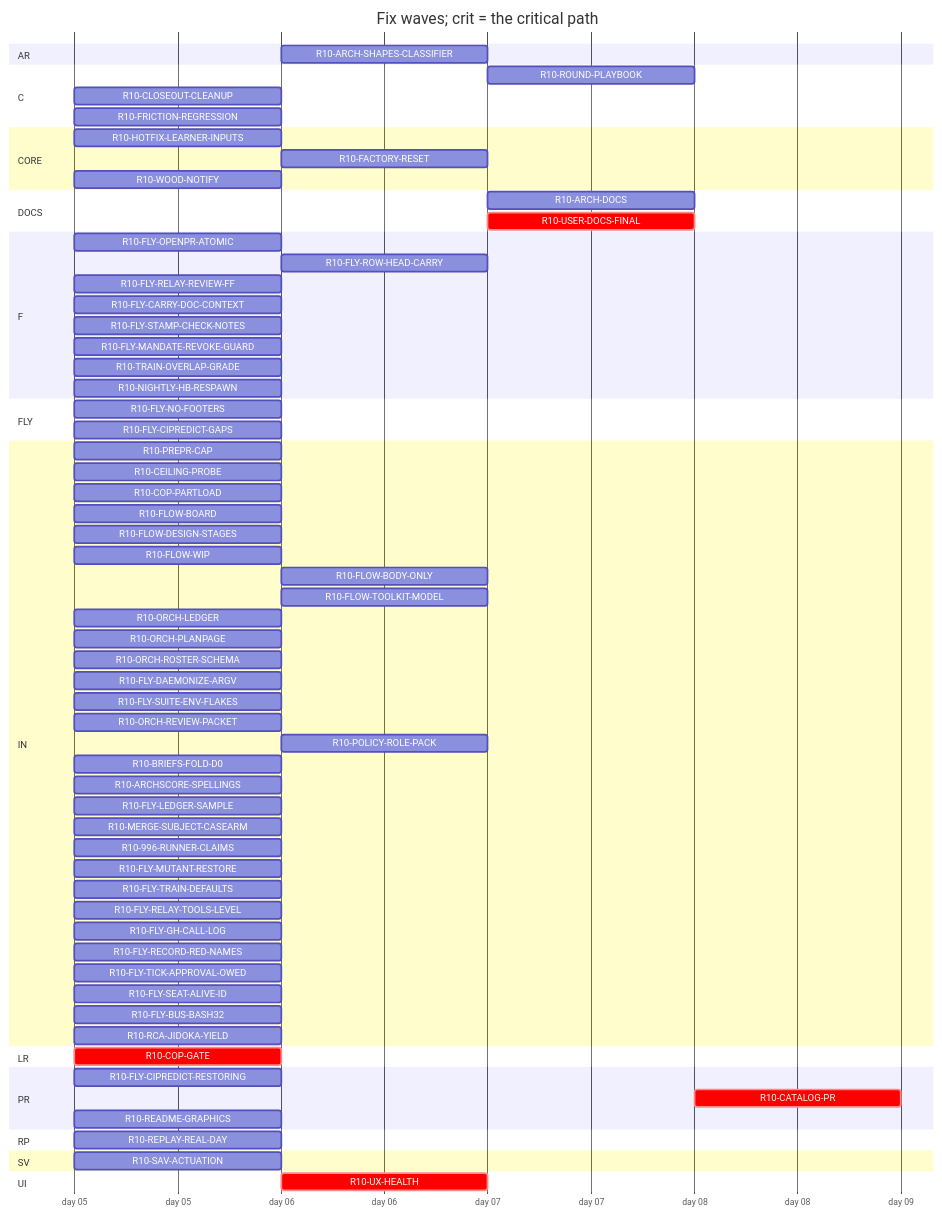
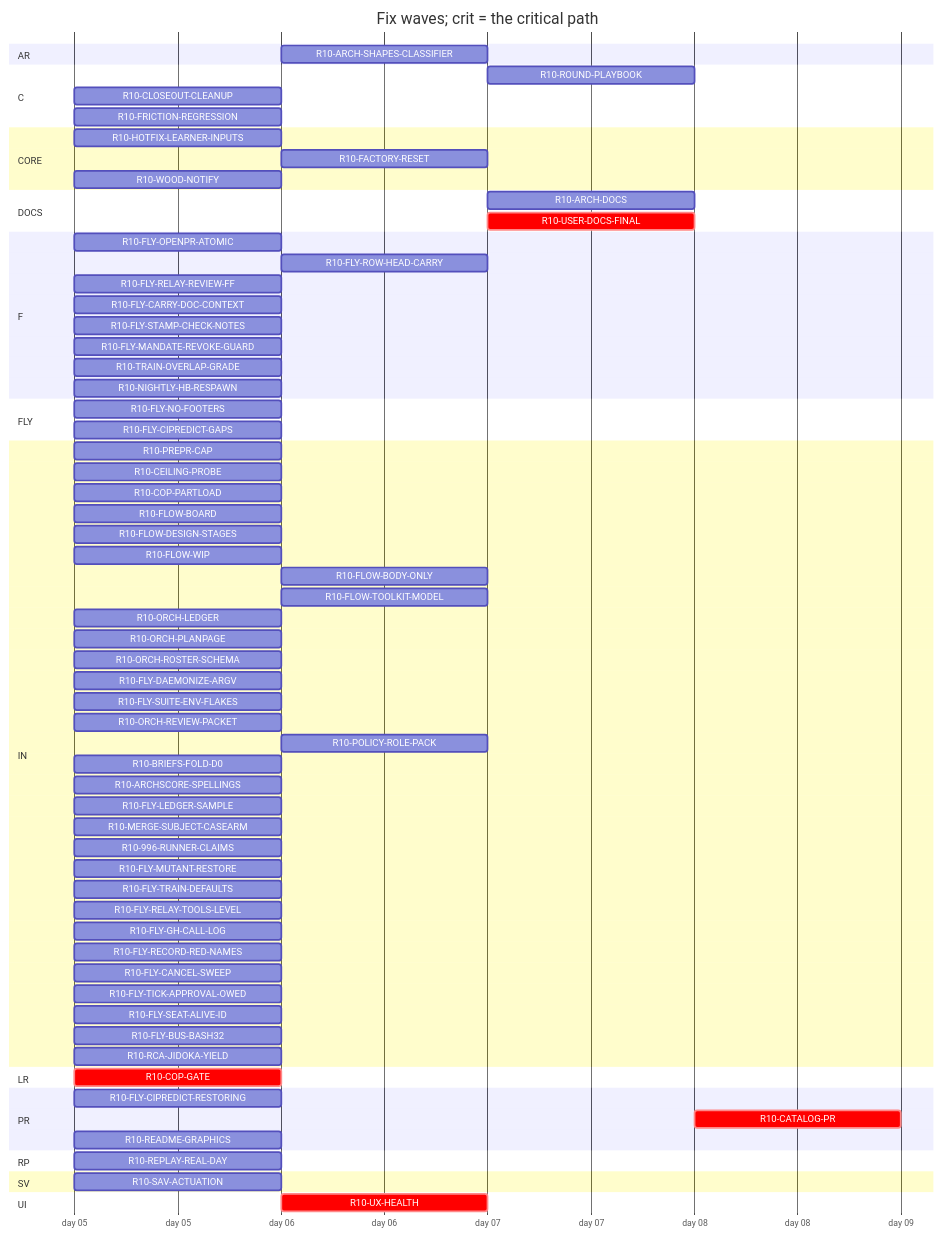
Before and after one commit to tvofi/heatpump_optimizer: the diagram in handoff/round10/state/PLAN-TABLE.md, drawn with Mermaid. The commit also changed other lines of this file and 3 other files, not shown here.

Commit message:
state: FLOW-BOARD.md, NEXT-SESSION-PROMPT.md, PLAN-TABLE.md, RESUME-CURRENT.md regenerated (state_docs.py)

````diff
--- a/handoff/round10/state/PLAN-TABLE.md
+++ b/handoff/round10/state/PLAN-TABLE.md
@@ -25,73 +25,74 @@
 ```mermaid
 gantt
   title Fix waves; crit = the critical path
   dateFormat YYYY-MM-DD
   axisFormat day %d
   section AR
     R10-ARCH-SHAPES-CLASSIFIER :r10ARCHSHAPESCLASSIFIER, after r10996RUNNERCLAIMS, 1d
   section C
     R10-ROUND-PLAYBOOK :r10ROUNDPLAYBOOK, after r10ORCHLEDGER r10ORCHPLANPAGE r10FLYRELAYREVIEWFF r10FLOWBODYONLY, 1d
     R10-CLOSEOUT-CLEANUP :r10CLOSEOUTCLEANUP, 2026-01-05, 1d
     R10-FRICTION-REGRESSION :r10FRICTIONREGRESSION, 2026-01-05, 1d
   section CORE
     R10-HOTFIX-LEARNER-INPUTS :r10HOTFIXLEARNERINPUTS, 2026-01-05, 1d
     R10-FACTORY-RESET :r10FACTORYRESET, after r10HOTFIXLEARNERINPUTS, 1d
     R10-WOOD-NOTIFY :r10WOODNOTIFY, 2026-01-05, 1d
   section DOCS
     R10-ARCH-DOCS :r10ARCHDOCS, after r10COPGATE r10UXHEALTH r10CEILINGPROBE r10COPPARTLOAD r10FLOWBOARD r10FLOWDESIGNSTAGES r10FLOWWIP r10FLOWBODYONLY r10FLYOPENPRATOMIC r10FLYROWHEADCARRY r10FLYRELAYREVIEWFF r10FLYCARRYDOCCONTEXT r10FLOWTOOLKITMODEL r10FLYSTAMPCHECKNOTES r10FLYMANDATEREVOKEGUARD r10TRAINOVERLAPGRADE r10NIGHTLYHBRESPAWN r10ORCHLEDGER r10ORCHPLANPAGE r10ORCHROSTERSCHEMA r10FLYDAEMONIZEARGV r10ORCHREVIEWPACKET r10POLICYROLEPACK r10BRIEFSFOLDD0 r10REPLAYREALDAY r10ARCHSCORESPELLINGS r10SAVACTUATION r10FLYLEDGERSAMPLE r10READMEGRAPHICS, 1d
     R10-USER-DOCS-FINAL :crit, r10USERDOCSFINAL, after r10COPGATE r10UXHEALTH r10CEILINGPROBE r10COPPARTLOAD r10FLOWBOARD r10FLOWDESIGNSTAGES r10FLOWWIP r10FLOWBODYONLY r10FLYOPENPRATOMIC r10FLYROWHEADCARRY r10FLYRELAYREVIEWFF r10FLYCARRYDOCCONTEXT r10FLOWTOOLKITMODEL r10FLYSTAMPCHECKNOTES r10FLYMANDATEREVOKEGUARD r10TRAINOVERLAPGRADE r10NIGHTLYHBRESPAWN r10ORCHLEDGER r10ORCHPLANPAGE r10ORCHROSTERSCHEMA r10FLYDAEMONIZEARGV r10ORCHREVIEWPACKET r10POLICYROLEPACK r10BRIEFSFOLDD0 r10REPLAYREALDAY r10ARCHSCORESPELLINGS r10SAVACTUATION r10FLYLEDGERSAMPLE r10READMEGRAPHICS r10HOTFIXLEARNERINPUTS r10FACTORYRESET r10WOODNOTIFY, 1d
   section F
     R10-FLY-OPENPR-ATOMIC :r10FLYOPENPRATOMIC, 2026-01-05, 1d
     R10-FLY-ROW-HEAD-CARRY :r10FLYROWHEADCARRY, after r10FLYOPENPRATOMIC, 1d
     R10-FLY-RELAY-REVIEW-FF :r10FLYRELAYREVIEWFF, 2026-01-05, 1d
     R10-FLY-CARRY-DOC-CONTEXT :r10FLYCARRYDOCCONTEXT, 2026-01-05, 1d
     R10-FLY-STAMP-CHECK-NOTES :r10FLYSTAMPCHECKNOTES, 2026-01-05, 1d
     R10-FLY-MANDATE-REVOKE-GUARD :r10FLYMANDATEREVOKEGUARD, 2026-01-05, 1d
     R10-TRAIN-OVERLAP-GRADE :r10TRAINOVERLAPGRADE, 2026-01-05, 1d
     R10-NIGHTLY-HB-RESPAWN :r10NIGHTLYHBRESPAWN, 2026-01-05, 1d
   section FLY
     R10-FLY-NO-FOOTERS :r10FLYNOFOOTERS, 2026-01-05, 1d
     R10-FLY-CIPREDICT-GAPS :r10FLYCIPREDICTGAPS, 2026-01-05, 1d
   section IN
     R10-PREPR-CAP :r10PREPRCAP, 2026-01-05, 1d
     R10-CEILING-PROBE :r10CEILINGPROBE, 2026-01-05, 1d
     R10-COP-PARTLOAD :r10COPPARTLOAD, 2026-01-05, 1d
     R10-FLOW-BOARD :r10FLOWBOARD, 2026-01-05, 1d
     R10-FLOW-DESIGN-STAGES :r10FLOWDESIGNSTAGES, 2026-01-05, 1d
     R10-FLOW-WIP :r10FLOWWIP, 2026-01-05, 1d
     R10-FLOW-BODY-ONLY :r10FLOWBODYONLY, after r10FLYOPENPRATOMIC, 1d
     R10-FLOW-TOOLKIT-MODEL :r10FLOWTOOLKITMODEL, after r10ORCHPLANPAGE, 1d
     R10-ORCH-LEDGER :r10ORCHLEDGER, 2026-01-05, 1d
     R10-ORCH-PLANPAGE :r10ORCHPLANPAGE, 2026-01-05, 1d
     R10-ORCH-ROSTER-SCHEMA :r10ORCHROSTERSCHEMA, 2026-01-05, 1d
     R10-FLY-DAEMONIZE-ARGV :r10FLYDAEMONIZEARGV, 2026-01-05, 1d
     R10-FLY-SUITE-ENV-FLAKES :r10FLYSUITEENVFLAKES, 2026-01-05, 1d
     R10-ORCH-REVIEW-PACKET :r10ORCHREVIEWPACKET, 2026-01-05, 1d
     R10-POLICY-ROLE-PACK :r10POLICYROLEPACK, after r10FLOWDESIGNSTAGES, 1d
     R10-BRIEFS-FOLD-D0 :r10BRIEFSFOLDD0, 2026-01-05, 1d
     R10-ARCHSCORE-SPELLINGS :r10ARCHSCORESPELLINGS, 2026-01-05, 1d
     R10-FLY-LEDGER-SAMPLE :r10FLYLEDGERSAMPLE, 2026-01-05, 1d
     R10-MERGE-SUBJECT-CASEARM :r10MERGESUBJECTCASEARM, 2026-01-05, 1d
     R10-996-RUNNER-CLAIMS :r10996RUNNERCLAIMS, 2026-01-05, 1d
     R10-FLY-MUTANT-RESTORE :r10FLYMUTANTRESTORE, 2026-01-05, 1d
     R10-FLY-TRAIN-DEFAULTS :r10FLYTRAINDEFAULTS, 2026-01-05, 1d
     R10-FLY-RELAY-TOOLS-LEVEL :r10FLYRELAYTOOLSLEVEL, 2026-01-05, 1d
     R10-FLY-GH-CALL-LOG :r10FLYGHCALLLOG, 2026-01-05, 1d
     R10-FLY-RECORD-RED-NAMES :r10FLYRECORDREDNAMES, 2026-01-05, 1d
+    R10-FLY-CANCEL-SWEEP :r10FLYCANCELSWEEP, 2026-01-05, 1d
     R10-FLY-TICK-APPROVAL-OWED :r10FLYTICKAPPROVALOWED, 2026-01-05, 1d
     R10-FLY-SEAT-ALIVE-ID :r10FLYSEATALIVEID, 2026-01-05, 1d
     R10-FLY-BUS-BASH32 :r10FLYBUSBASH32, 2026-01-05, 1d
     R10-RCA-JIDOKA-YIELD :r10RCAJIDOKAYIELD, 2026-01-05, 1d
   section LR
     R10-COP-GATE :crit, r10COPGATE, 2026-01-05, 1d
   section PR
     R10-FLY-CIPREDICT-RESTORING :r10FLYCIPREDICTRESTORING, 2026-01-05, 1d
     R10-CATALOG-PR :crit, r10CATALOGPR, after r10READMEGRAPHICS r10USERDOCSFINAL, 1d
     R10-README-GRAPHICS :r10READMEGRAPHICS, 2026-01-05, 1d
   section RP
     R10-REPLAY-REAL-DAY :r10REPLAYREALDAY, 2026-01-05, 1d
   section SV
     R10-SAV-ACTUATION :r10SAVACTUATION, 2026-01-05, 1d
   section UI
     R10-UX-HEALTH :crit, r10UXHEALTH, after r10COPGATE, 1d
 ```
````
